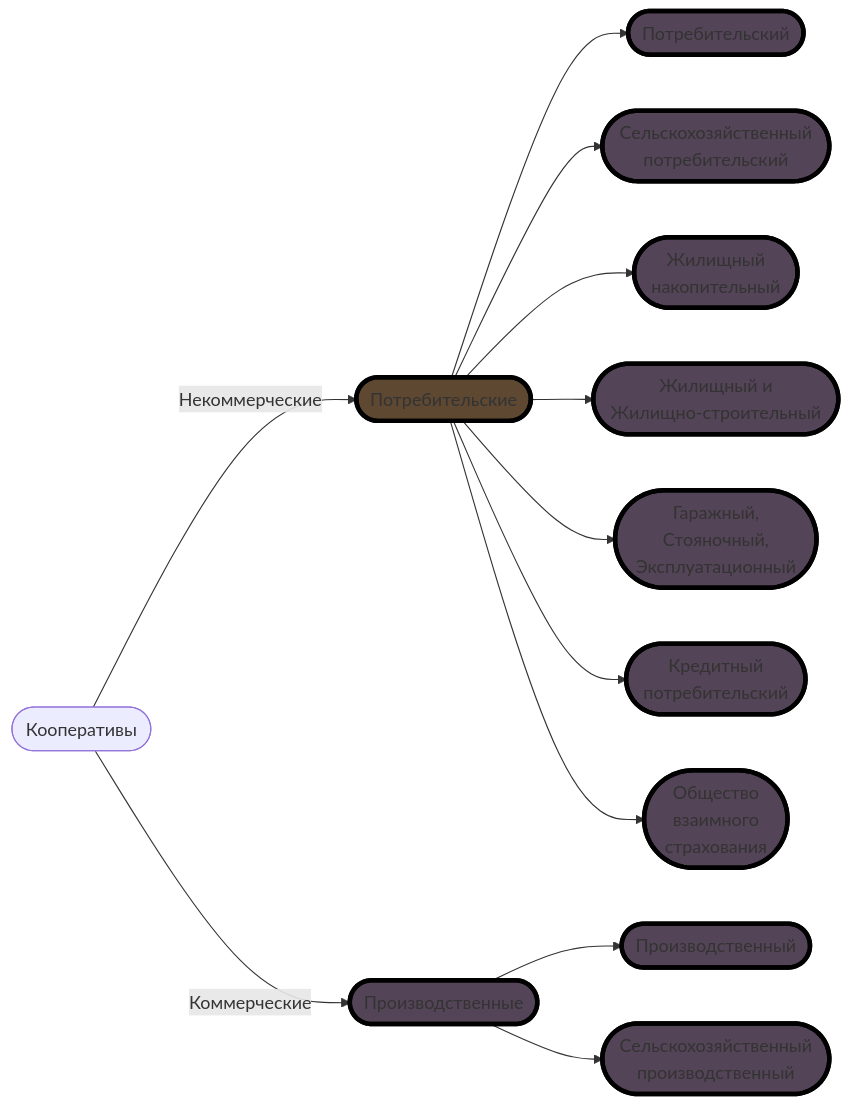
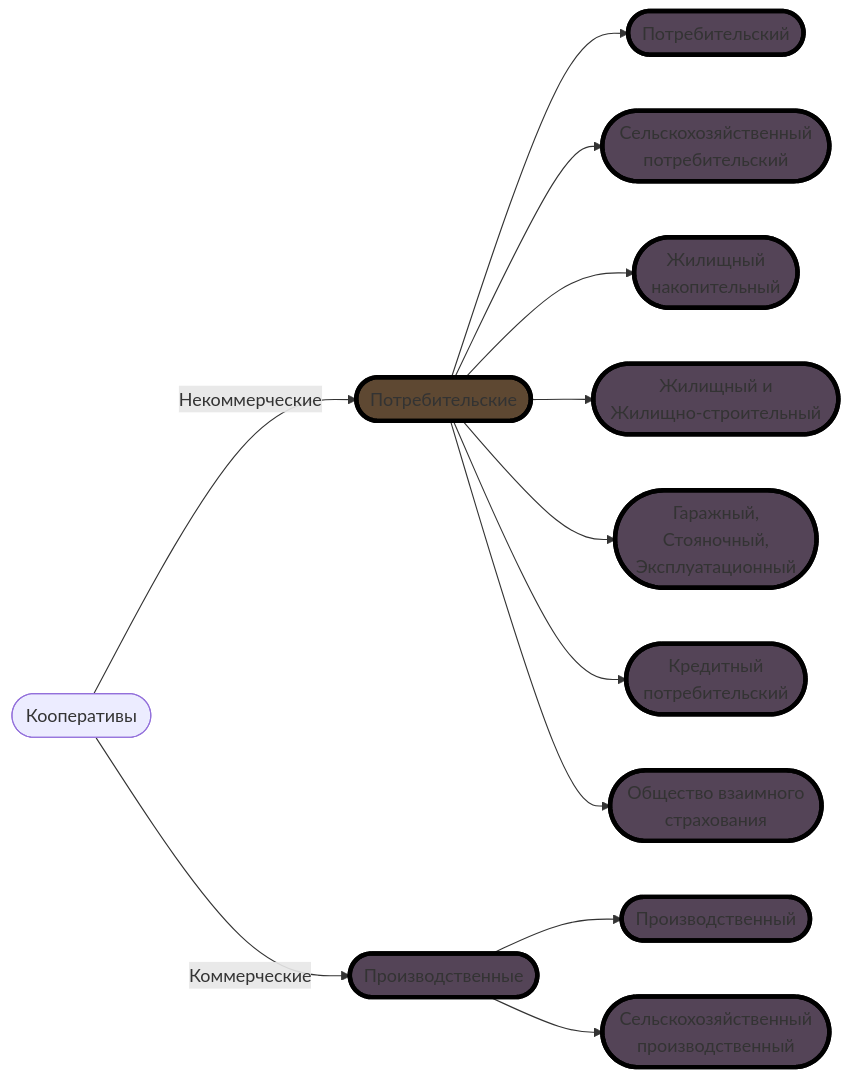
One commit to ufrs12/Coops changed the diagram in README.md. Above: the diagram before and after it, drawn with Mermaid.

````diff
--- a/README.md
+++ b/README.md
@@ -7,47 +7,46 @@
 ```mermaid
 graph LR;
 classDef class1 fill:#544457, stroke:#000, stroke-width:4px
 classDef class2 fill:#32465e, stroke:#000, stroke-width:4px
 classDef class3 fill:#455744, stroke:#000, stroke-width:4px
 classDef class4 fill:#5e4832, stroke:#000, stroke-width:4px
 classDef class5 fill:#5e3332, stroke:#000, stroke-width:4px
 
    
     A([Кооперативы])
     B([Производственные]):::class1
     C([Потребительские]):::class4
     D([Производственный]):::class1
     E([Сельскохозяйственный
       производственный]):::class1
     F([Потребительский]):::class1
     G([Сельскохозяйственный
          потребительский]):::class1
     H([Жилищный
          накопительный]):::class1
     I([Жилищный и
          Жилищно-строительный]):::class1
     J([Гаражный,
          Стояночный,
          Эксплуатационный]):::class1
     K([Кредитный
          потребительский]):::class1
-    L([Общество
-         взаимного
+    L([Общество взаимного
          страхования]):::class1
 
     A-->|Некоммерческие|C;
     A-->|Коммерческие| B;
     B-->D;
     B-->E;
     C-->F;
     C-->G;
     C-->H;
     C-->I;
     C-->J;
     C-->K;
     C-->L;
    click B "https://www.zakonrf.info/gk/106.1/";
    click C "https://www.zakonrf.info/gk/123.2/";
    click D "https://www.zakonrf.info/doc-15088991/";
    click E "https://www.zakonrf.info/doc-13529718/";
 ```
````
